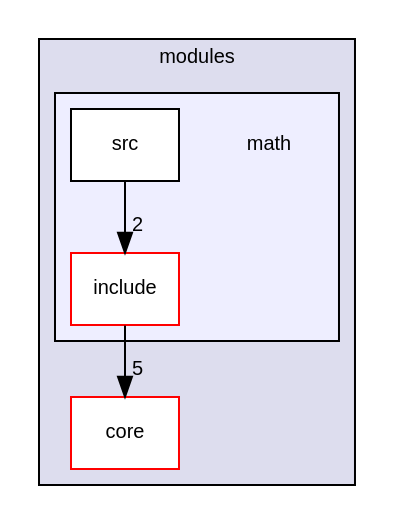
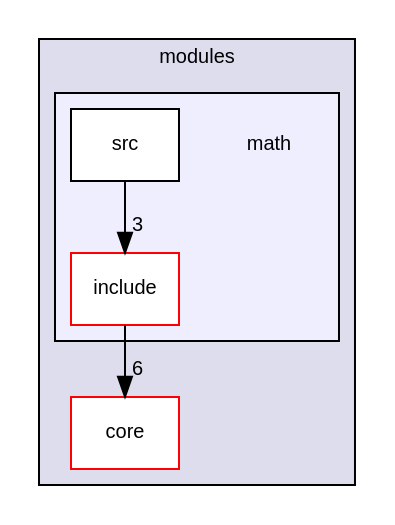
The diagram in docs/dir_b4523354886b5a0c83c88c960c3f222a_dep.dot (YuruTu/NANA), drawn with Graphviz before and after one commit. The commit also changed 97 other files, not shown here.

```diff
--- a/docs/dir_b4523354886b5a0c83c88c960c3f222a_dep.dot
+++ b/docs/dir_b4523354886b5a0c83c88c960c3f222a_dep.dot
@@ -1,17 +1,17 @@
 digraph "NANA/modules/math" {
   compound=true
   node [ fontsize="10", fontname="Helvetica"];
   edge [ labelfontsize="10", labelfontname="Helvetica"];
   subgraph clusterdir_6b55659ead8ae8e939b199224b5f3833 {
     graph [ bgcolor="#ddddee", pencolor="black", label="modules" fontname="Helvetica", fontsize="10", URL="dir_6b55659ead8ae8e939b199224b5f3833.html"]
   dir_c3e203e05606b384f5fc9d03652c3ac7 [shape=box label="core" fillcolor="white" style="filled" color="red" URL="dir_c3e203e05606b384f5fc9d03652c3ac7.html"];
   subgraph clusterdir_b4523354886b5a0c83c88c960c3f222a {
     graph [ bgcolor="#eeeeff", pencolor="black", label="" URL="dir_b4523354886b5a0c83c88c960c3f222a.html"];
     dir_b4523354886b5a0c83c88c960c3f222a [shape=plaintext label="math"];
   dir_ae521b40900f65e001f9918ef6cf05b7 [shape=box label="include" fillcolor="white" style="filled" color="red" URL="dir_ae521b40900f65e001f9918ef6cf05b7.html"];
   dir_771f7333db182dca04d4a001ffeb2ac4 [shape=box label="src" fillcolor="white" style="filled" URL="dir_771f7333db182dca04d4a001ffeb2ac4.html"];
   }
   }
-  dir_771f7333db182dca04d4a001ffeb2ac4->dir_ae521b40900f65e001f9918ef6cf05b7 [headlabel="2", labeldistance=1.5 headhref="dir_000022_000020.html"];
-  dir_ae521b40900f65e001f9918ef6cf05b7->dir_c3e203e05606b384f5fc9d03652c3ac7 [headlabel="5", labeldistance=1.5 headhref="dir_000020_000006.html"];
+  dir_771f7333db182dca04d4a001ffeb2ac4->dir_ae521b40900f65e001f9918ef6cf05b7 [headlabel="3", labeldistance=1.5 headhref="dir_000022_000020.html"];
+  dir_ae521b40900f65e001f9918ef6cf05b7->dir_c3e203e05606b384f5fc9d03652c3ac7 [headlabel="6", labeldistance=1.5 headhref="dir_000020_000006.html"];
 }
```
